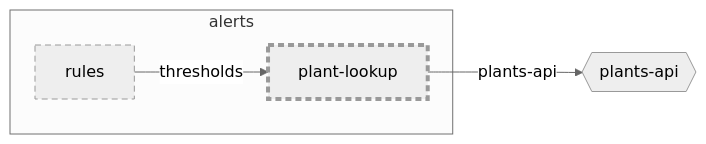
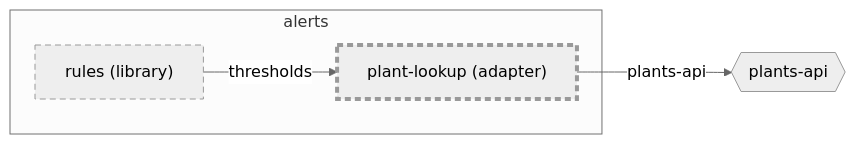
One commit to wackazong/unifold changed the diagram in examples/plantwatch/cloud/services/alerts/plant-lookup/docs/diagrams/context.md. Above: the diagram before and after it, drawn with Mermaid (neutral theme). The commit also changed other lines of this file and 339 other files, not shown here.

````diff
--- a/examples/plantwatch/cloud/services/alerts/plant-lookup/docs/diagrams/context.md
+++ b/examples/plantwatch/cloud/services/alerts/plant-lookup/docs/diagrams/context.md
@@ -8,16 +8,16 @@
 ```mermaid
 flowchart LR
   subgraph u_cloud__services__alerts["alerts"]
-    u_cloud__services__alerts__plant_dlookup["plant-lookup"]
-    u_cloud__services__alerts__rules["rules"]
+    u_cloud__services__alerts__plant_dlookup["plant-lookup (adapter)"]
+    u_cloud__services__alerts__rules["rules (library)"]
   end
   n_cloud__services__alerts___plants_dapi{{"plants-api"}}
   u_cloud__services__alerts__rules -->|"thresholds"| u_cloud__services__alerts__plant_dlookup
   u_cloud__services__alerts__plant_dlookup -->|"plants-api"| n_cloud__services__alerts___plants_dapi
   classDef focus stroke-width:4px
   classDef planned stroke-dasharray:6 4
   classDef deprecated stroke-dasharray:2 2,opacity:0.6
   classDef plain stroke-dasharray:2 3
   class u_cloud__services__alerts__plant_dlookup,u_cloud__services__alerts__rules planned
   class u_cloud__services__alerts__plant_dlookup focus
 ```
````
